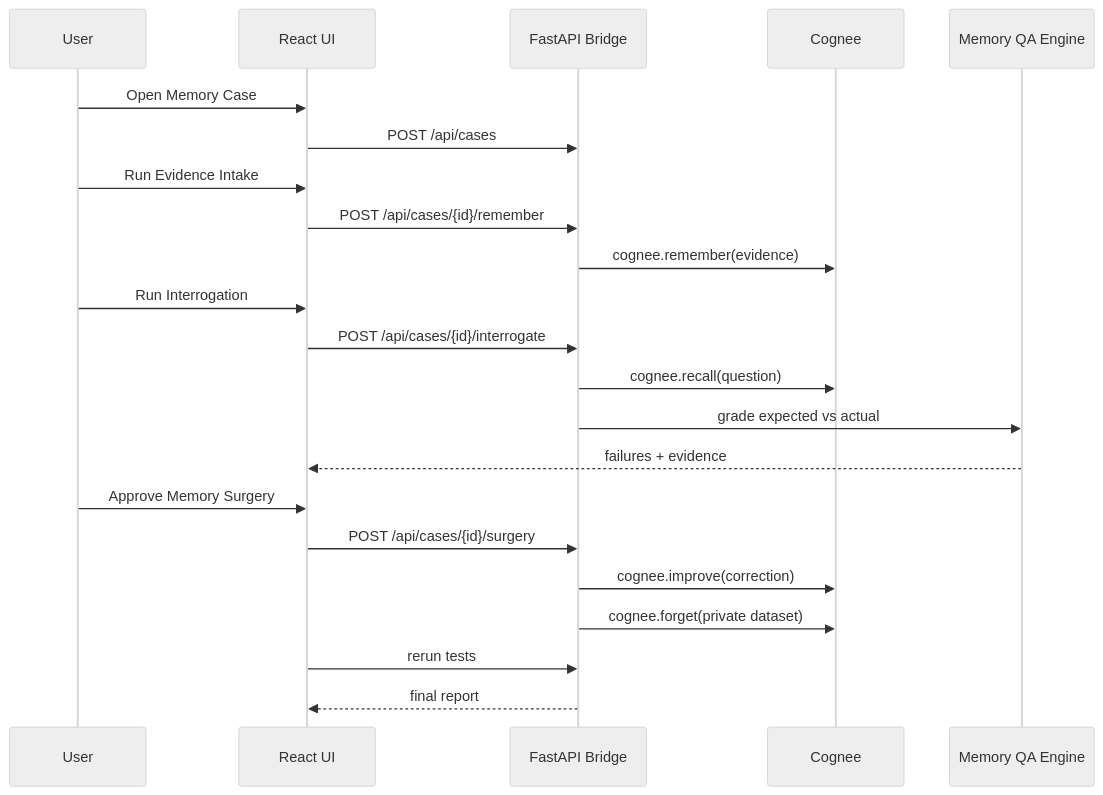
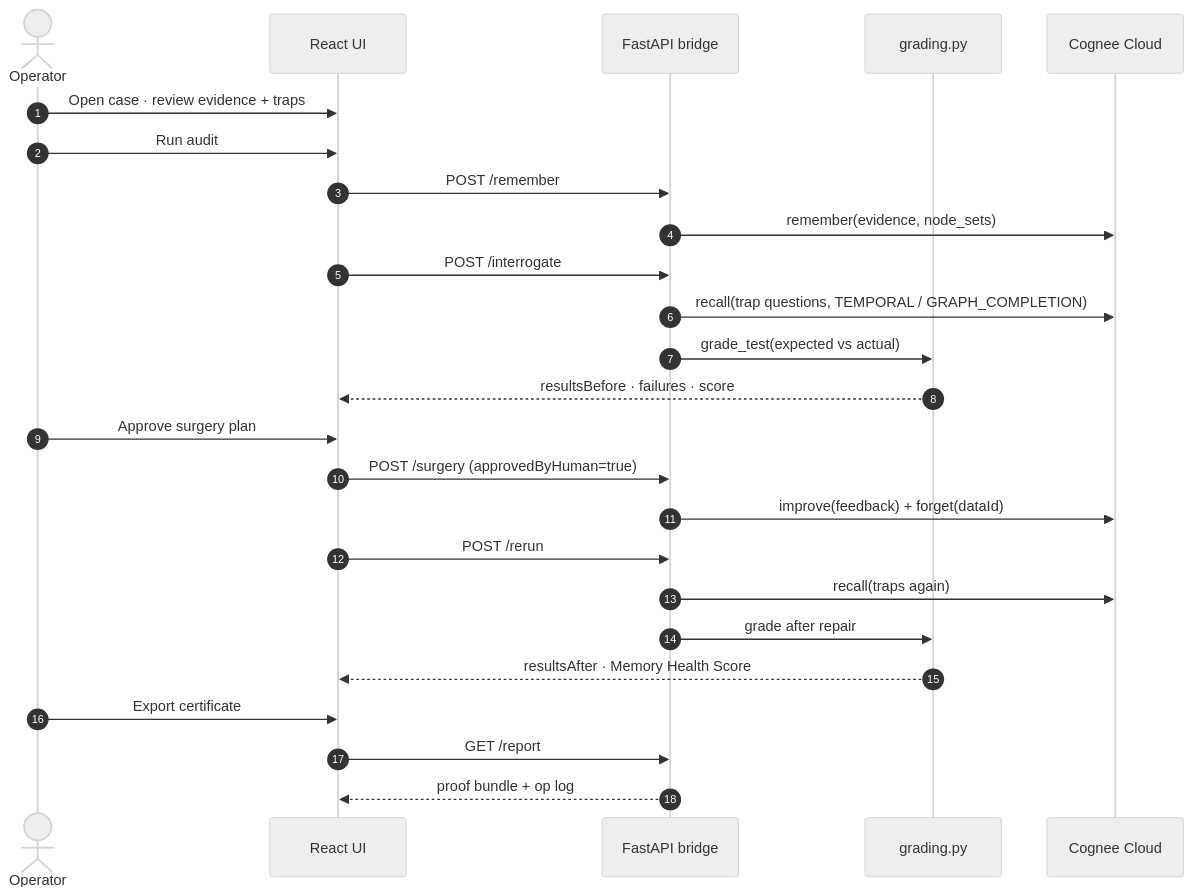
One commit to SahilRakhaiya05/MemGateQA changed the second of 5 diagrams in docs/ARCHITECTURE.md. Above: the diagram before and after it, drawn with Mermaid (neutral theme). The commit also changed other lines of this file and 83 other files, not shown here.

Commit message:
Ship hackathon polish: proof scorecard, README architecture diagrams, UI and agents

````diff
--- a/docs/ARCHITECTURE.md
+++ b/docs/ARCHITECTURE.md
@@ -82,25 +62,28 @@
 ```mermaid
 sequenceDiagram
-  participant U as User
+  autonumber
+  actor U as Operator
   participant UI as React UI
-  participant API as FastAPI Bridge
-  participant C as Cognee
-  participant QA as Memory QA Engine
+  participant B as FastAPI bridge
+  participant G as grading.py
+  participant C as Cognee Cloud
 
-  U->>UI: Open Memory Case
-  UI->>API: POST /api/cases
-  U->>UI: Run Evidence Intake
-  UI->>API: POST /api/cases/{id}/remember
-  API->>C: cognee.remember(evidence)
-  U->>UI: Run Interrogation
-  UI->>API: POST /api/cases/{id}/interrogate
-  API->>C: cognee.recall(question)
-  API->>QA: grade expected vs actual
-  QA-->>UI: failures + evidence
-  U->>UI: Approve Memory Surgery
-  UI->>API: POST /api/cases/{id}/surgery
-  API->>C: cognee.improve(correction)
-  API->>C: cognee.forget(private dataset)
-  UI->>API: rerun tests
-  API-->>UI: final report
+  U->>UI: Open case · review evidence + traps
+  U->>UI: Run audit
+  UI->>B: POST /remember
+  B->>C: remember(evidence, node_sets)
+  UI->>B: POST /interrogate
+  B->>C: recall(trap questions, TEMPORAL / GRAPH_COMPLETION)
+  B->>G: grade_test(expected vs actual)
+  G-->>UI: resultsBefore · failures · score
+  U->>UI: Approve surgery plan
+  UI->>B: POST /surgery (approvedByHuman=true)
+  B->>C: improve(feedback) + forget(dataId)
+  UI->>B: POST /rerun
+  B->>C: recall(traps again)
+  B->>G: grade after repair
+  G-->>UI: resultsAfter · Memory Health Score
+  U->>UI: Export certificate
+  UI->>B: GET /report
+  B-->>UI: proof bundle + op log
 ```
````
